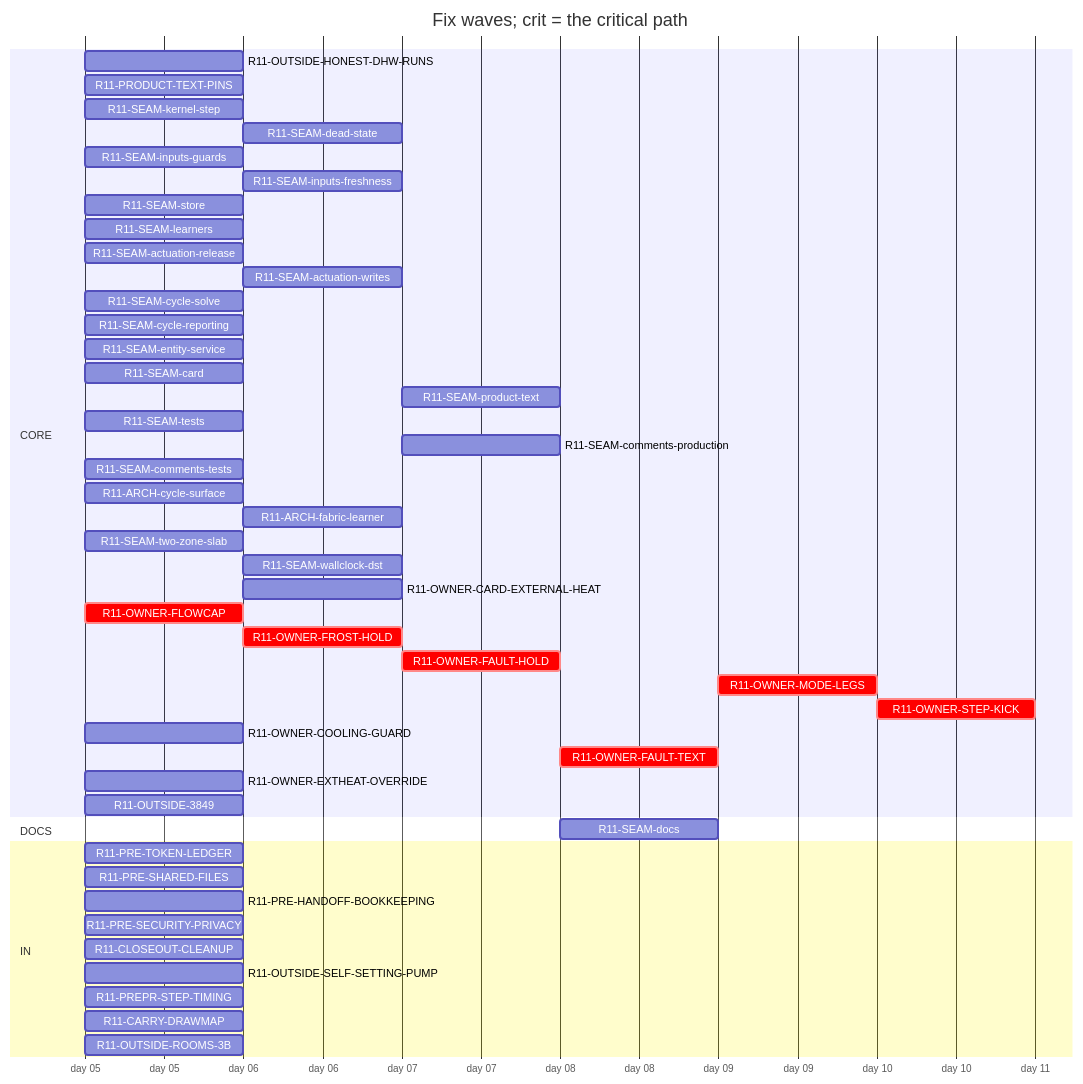
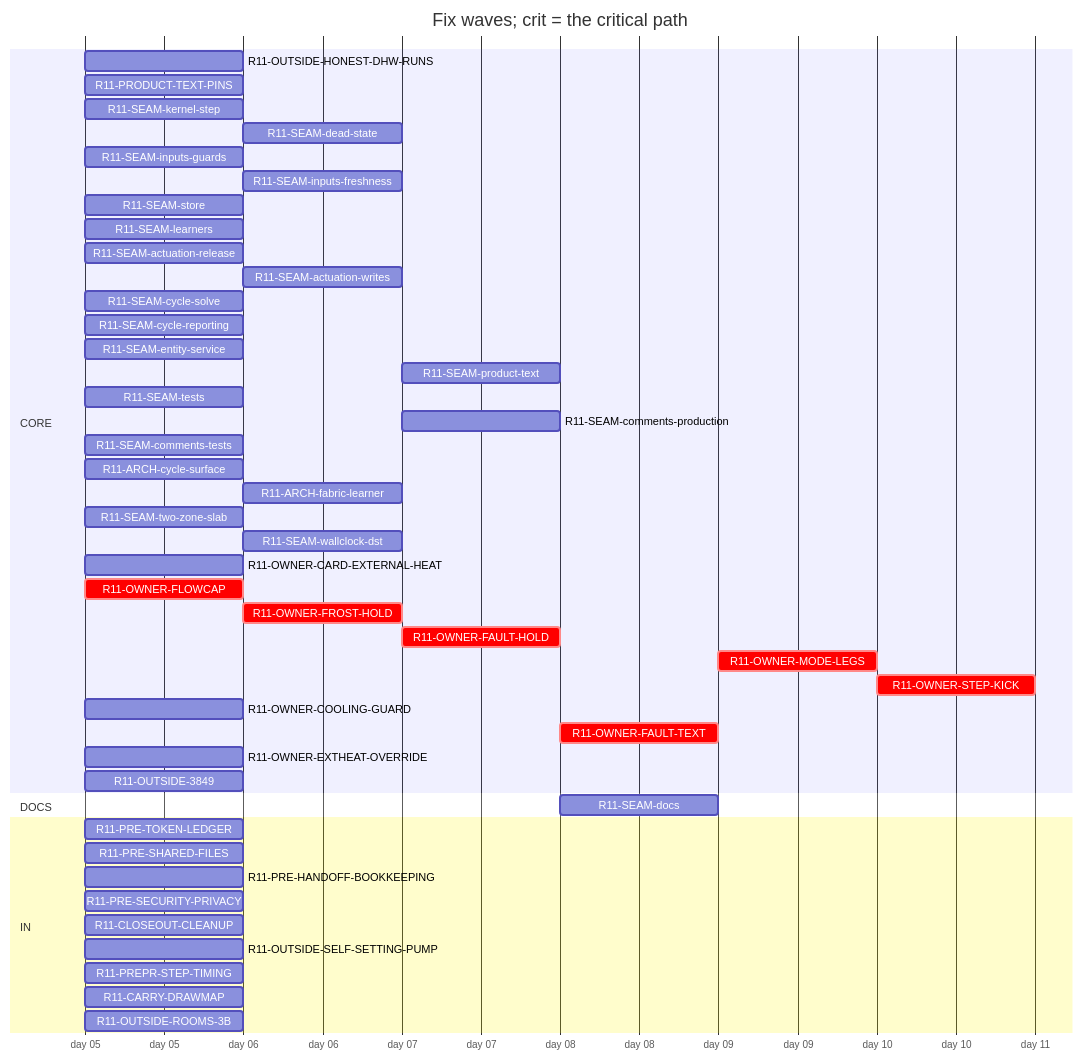
The diagram in handoff/round11/state/PLAN-TABLE.md (tvofi/heatpump_optimizer), drawn with Mermaid before and after one commit. The commit also changed other lines of this file and 4 other files, not shown here.

Commit message:
state: FLOW-BOARD.md, NEXT-SESSION-PROMPT.md, PLAN-TABLE.md, PLAN.html, RESUME-CURRENT.md regenerated (state_docs.py)

````diff
--- a/handoff/round11/state/PLAN-TABLE.md
+++ b/handoff/round11/state/PLAN-TABLE.md
@@ -16,51 +16,50 @@
 ```mermaid
 gantt
   title Fix waves; crit = the critical path
   dateFormat YYYY-MM-DD
   axisFormat day %d
   section CORE
     R11-OUTSIDE-HONEST-DHW-RUNS :r11OUTSIDEHONESTDHWRUNS, 2026-01-05, 1d
     R11-PRODUCT-TEXT-PINS :r11PRODUCTTEXTPINS, 2026-01-05, 1d
     R11-SEAM-kernel-step :r11SEAMkernelstep, 2026-01-05, 1d
     R11-SEAM-dead-state :r11SEAMdeadstate, after r11SEAMstore, 1d
     R11-SEAM-inputs-guards :r11SEAMinputsguards, 2026-01-05, 1d
     R11-SEAM-inputs-freshness :r11SEAMinputsfreshness, after r11SEAMkernelstep, 1d
     R11-SEAM-store :r11SEAMstore, 2026-01-05, 1d
     R11-SEAM-learners :r11SEAMlearners, 2026-01-05, 1d
     R11-SEAM-actuation-release :r11SEAMactuationrelease, 2026-01-05, 1d
     R11-SEAM-actuation-writes :r11SEAMactuationwrites, after r11SEAMkernelstep r11SEAMactuationrelease, 1d
     R11-SEAM-cycle-solve :r11SEAMcyclesolve, 2026-01-05, 1d
     R11-SEAM-cycle-reporting :r11SEAMcyclereporting, 2026-01-05, 1d
     R11-SEAM-entity-service :r11SEAMentityservice, 2026-01-05, 1d
-    R11-SEAM-card :r11SEAMcard, 2026-01-05, 1d
     R11-SEAM-product-text :r11SEAMproducttext, after r11SEAMactuationrelease r11SEAMactuationwrites r11SEAMentityservice r11SEAMinputsguards r11SEAMinputsfreshness r11SEAMcyclesolve r11SEAMcyclereporting, 1d
     R11-SEAM-tests :r11SEAMtests, 2026-01-05, 1d
     R11-SEAM-comments-production :r11SEAMcommentsproduction, after r11SEAMactuationrelease r11SEAMactuationwrites r11SEAMentityservice r11SEAMinputsguards r11SEAMinputsfreshness r11SEAMcyclesolve r11SEAMcyclereporting, 1d
     R11-SEAM-comments-tests :r11SEAMcommentstests, 2026-01-05, 1d
     R11-ARCH-cycle-surface :r11ARCHcyclesurface, 2026-01-05, 1d
     R11-ARCH-fabric-learner :r11ARCHfabriclearner, after r11SEAMlearners, 1d
     R11-SEAM-two-zone-slab :r11SEAMtwozoneslab, 2026-01-05, 1d
     R11-SEAM-wallclock-dst :r11SEAMwallclockdst, after r11SEAMkernelstep, 1d
-    R11-OWNER-CARD-EXTERNAL-HEAT :r11OWNERCARDEXTERNALHEAT, after r11SEAMcard, 1d
+    R11-OWNER-CARD-EXTERNAL-HEAT :r11OWNERCARDEXTERNALHEAT, 2026-01-05, 1d
     R11-OWNER-FLOWCAP :crit, r11OWNERFLOWCAP, 2026-01-05, 1d
     R11-OWNER-FROST-HOLD :crit, r11OWNERFROSTHOLD, after r11OWNERFLOWCAP, 1d
     R11-OWNER-FAULT-HOLD :crit, r11OWNERFAULTHOLD, after r11OWNERFROSTHOLD, 1d
     R11-OWNER-MODE-LEGS :crit, r11OWNERMODELEGS, after r11OWNERFAULTTEXT, 1d
     R11-OWNER-STEP-KICK :crit, r11OWNERSTEPKICK, after r11OWNERMODELEGS, 1d
     R11-OWNER-COOLING-GUARD :r11OWNERCOOLINGGUARD, 2026-01-05, 1d
     R11-OWNER-FAULT-TEXT :crit, r11OWNERFAULTTEXT, after r11OWNERFAULTHOLD, 1d
     R11-OWNER-EXTHEAT-OVERRIDE :r11OWNEREXTHEATOVERRIDE, 2026-01-05, 1d
     R11-OUTSIDE-3849 :r11OUTSIDE3849, 2026-01-05, 1d
   section DOCS
-    R11-SEAM-docs :r11SEAMdocs, after r11SEAMlearners r11SEAMactuationrelease r11SEAMactuationwrites r11SEAMentityservice r11SEAMinputsguards r11SEAMinputsfreshness r11SEAMcyclesolve r11SEAMcyclereporting r11SEAMcard r11SEAMproducttext, 1d
+    R11-SEAM-docs :r11SEAMdocs, after r11SEAMlearners r11SEAMactuationrelease r11SEAMactuationwrites r11SEAMentityservice r11SEAMinputsguards r11SEAMinputsfreshness r11SEAMcyclesolve r11SEAMcyclereporting r11SEAMproducttext, 1d
   section IN
     R11-PRE-TOKEN-LEDGER :r11PRETOKENLEDGER, 2026-01-05, 1d
     R11-PRE-SHARED-FILES :r11PRESHAREDFILES, 2026-01-05, 1d
     R11-PRE-HANDOFF-BOOKKEEPING :r11PREHANDOFFBOOKKEEPING, 2026-01-05, 1d
     R11-PRE-SECURITY-PRIVACY :r11PRESECURITYPRIVACY, 2026-01-05, 1d
     R11-CLOSEOUT-CLEANUP :r11CLOSEOUTCLEANUP, 2026-01-05, 1d
     R11-OUTSIDE-SELF-SETTING-PUMP :r11OUTSIDESELFSETTINGPUMP, 2026-01-05, 1d
     R11-PREPR-STEP-TIMING :r11PREPRSTEPTIMING, 2026-01-05, 1d
     R11-CARRY-DRAWMAP :r11CARRYDRAWMAP, 2026-01-05, 1d
     R11-OUTSIDE-ROOMS-3B :r11OUTSIDEROOMS3B, 2026-01-05, 1d
 ```
````
